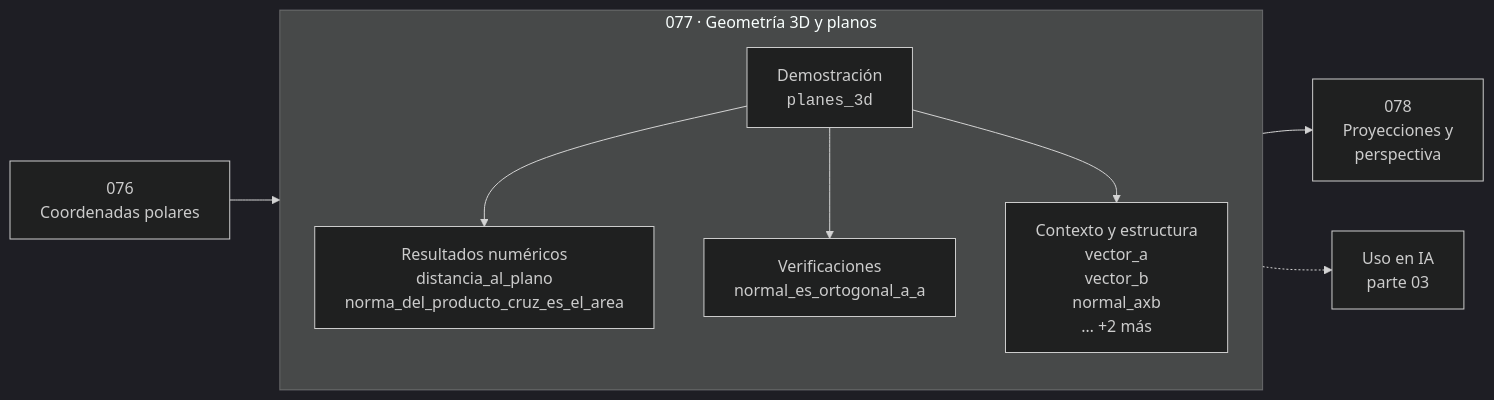
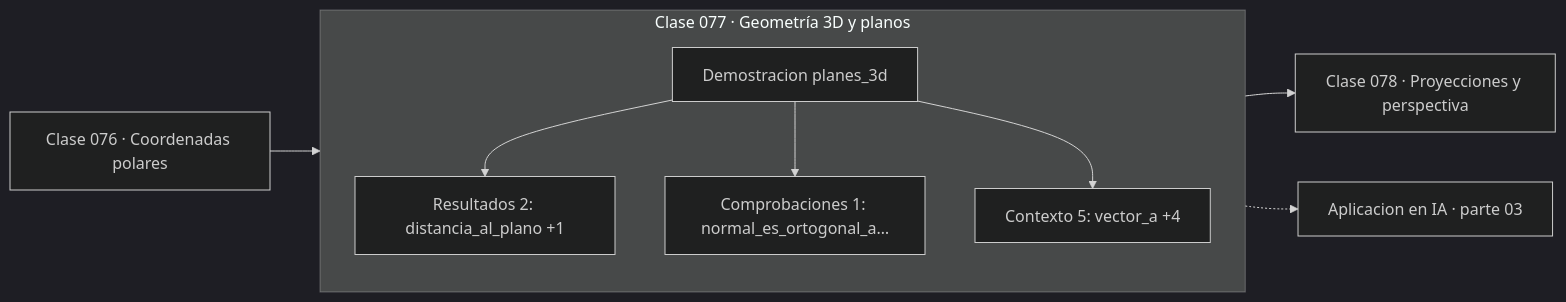
The diagram in classes/part-03-geometria-trigonometria-y-geometria-analitica/077-geometria-3d-y-planos/README.md (vladimiracunadev-create/computational-mathematics-program), drawn with Mermaid (dark theme) before and after one commit. The commit also changed 389 other files, not shown here.

First line of the commit message:
fix(diagramas): elimina el HTML de las etiquetas Mermaid

````diff
--- a/classes/part-03-geometria-trigonometria-y-geometria-analitica/077-geometria-3d-y-planos/README.md
+++ b/classes/part-03-geometria-trigonometria-y-geometria-analitica/077-geometria-3d-y-planos/README.md
@@ -36,12 +36,13 @@
 ```mermaid
 flowchart LR
-    P["076<br/>Coordenadas polares"] --> C
-    subgraph C["077 · Geometría 3D y planos"]
+    P["Clase 076 · Coordenadas polares"] --> D
+    subgraph CLASE["Clase 077 · Geometría 3D y planos"]
         direction TB
-        D["Demostración<br/><code>planes_3d</code>"] --> R["Resultados numéricos<br/>distancia_al_plano<br/>norma_del_producto_cruz_es_el_area"]
-        D --> V["Verificaciones<br/>normal_es_ortogonal_a_a"]
-        D --> O["Contexto y estructura<br/>vector_a<br/>vector_b<br/>normal_axb<br/>… +2 más"]
+        D["Demostracion planes_3d"]
+        D --> R["Resultados 2: distancia_al_plano +1"]
+        D --> V["Comprobaciones 1: normal_es_ortogonal_a…"]
+        D --> O["Contexto 5: vector_a +4"]
     end
-    C --> N["078<br/>Proyecciones y<br/>perspectiva"]
-    C -.-> IA["Uso en IA<br/>parte 03"]
+    R --> N["Clase 078 · Proyecciones y perspectiva"]
+    V -.-> IA["Aplicacion en IA · parte 03"]
 ```
````
